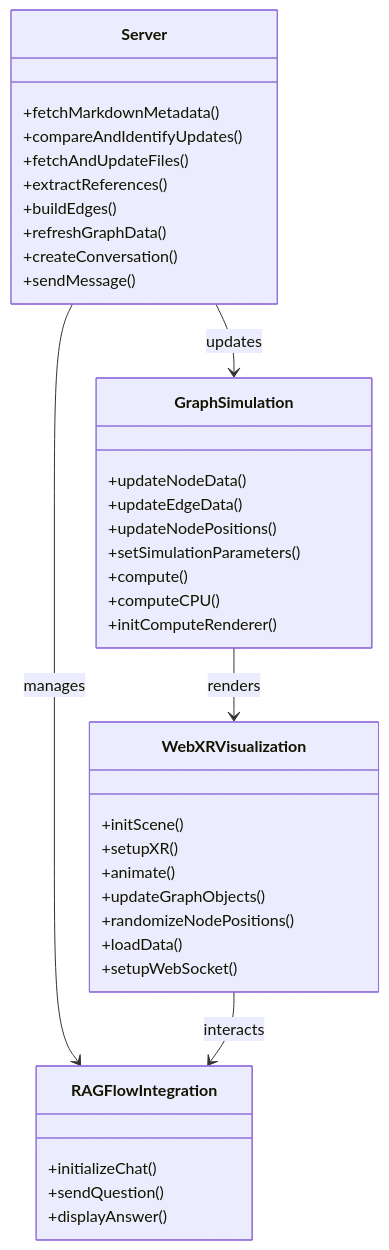
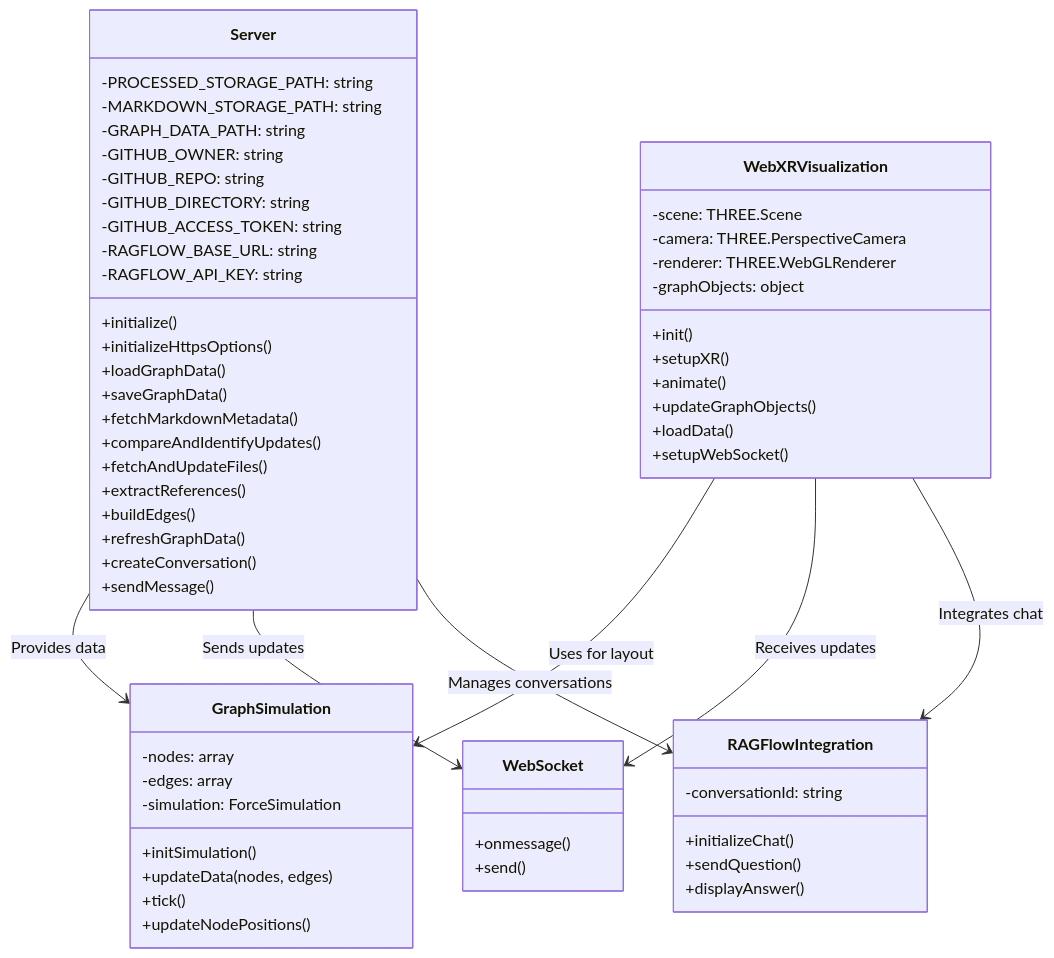
Before and after one commit to MITIH-Dreamlab/JingSpringThing: the first of 2 diagrams in README.md, drawn with Mermaid. The commit also changed other lines of this file, not shown here.

````diff
--- a/README.md
+++ b/README.md
@@ -76,40 +76,68 @@
 ```mermaid
 classDiagram
     class Server {
+        -PROCESSED_STORAGE_PATH: string
+        -MARKDOWN_STORAGE_PATH: string
+        -GRAPH_DATA_PATH: string
+        -GITHUB_OWNER: string
+        -GITHUB_REPO: string
+        -GITHUB_DIRECTORY: string
+        -GITHUB_ACCESS_TOKEN: string
+        -RAGFLOW_BASE_URL: string
+        -RAGFLOW_API_KEY: string
+        +initialize()
+        +initializeHttpsOptions()
+        +loadGraphData()
+        +saveGraphData()
         +fetchMarkdownMetadata()
         +compareAndIdentifyUpdates()
         +fetchAndUpdateFiles()
         +extractReferences()
         +buildEdges()
         +refreshGraphData()
         +createConversation()
         +sendMessage()
     }
+
     class GraphSimulation {
-        +updateNodeData()
-        +updateEdgeData()
+        -nodes: array
+        -edges: array
+        -simulation: ForceSimulation
+        +initSimulation()
+        +updateData(nodes, edges)
+        +tick()
         +updateNodePositions()
-        +setSimulationParameters()
-        +compute()
-        +computeCPU()
-        +initComputeRenderer()
     }
+
     class WebXRVisualization {
-        +initScene()
+        -scene: THREE.Scene
+        -camera: THREE.PerspectiveCamera
+        -renderer: THREE.WebGLRenderer
+        -graphObjects: object
+        +init()
         +setupXR()
         +animate()
         +updateGraphObjects()
-        +randomizeNodePositions()
         +loadData()
         +setupWebSocket()
     }
+
     class RAGFlowIntegration {
+        -conversationId: string
         +initializeChat()
         +sendQuestion()
         +displayAnswer()
     }
-    Server --> GraphSimulation : updates
-    GraphSimulation --> WebXRVisualization : renders
-    Server --> RAGFlowIntegration : manages
-    WebXRVisualization --> RAGFlowIntegration : interacts
+
+    class WebSocket {
+        +onmessage()
+        +send()
+    }
+
+    Server --> GraphSimulation: Provides data
+    Server --> WebSocket: Sends updates
+    WebXRVisualization --> GraphSimulation: Uses for layout
+    WebXRVisualization --> WebSocket: Receives updates
+    WebXRVisualization --> RAGFlowIntegration: Integrates chat
+    Server --> RAGFlowIntegration: Manages conversations
 ```
````
